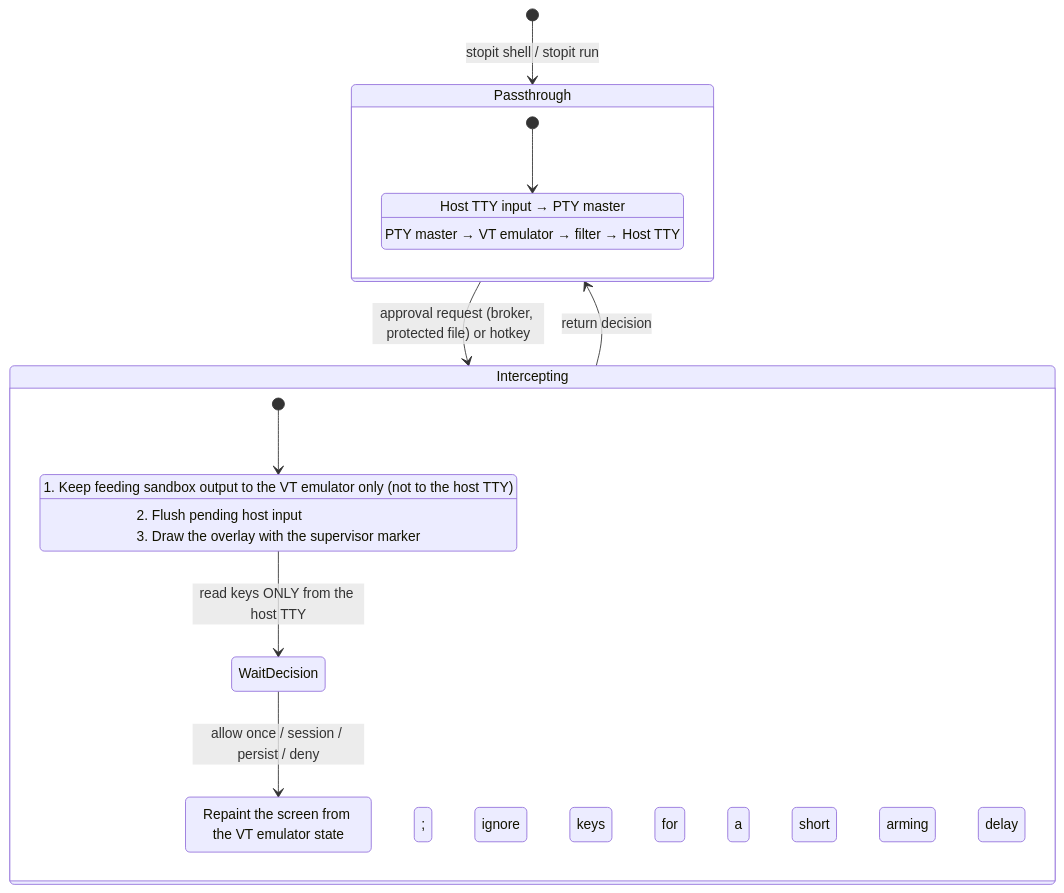
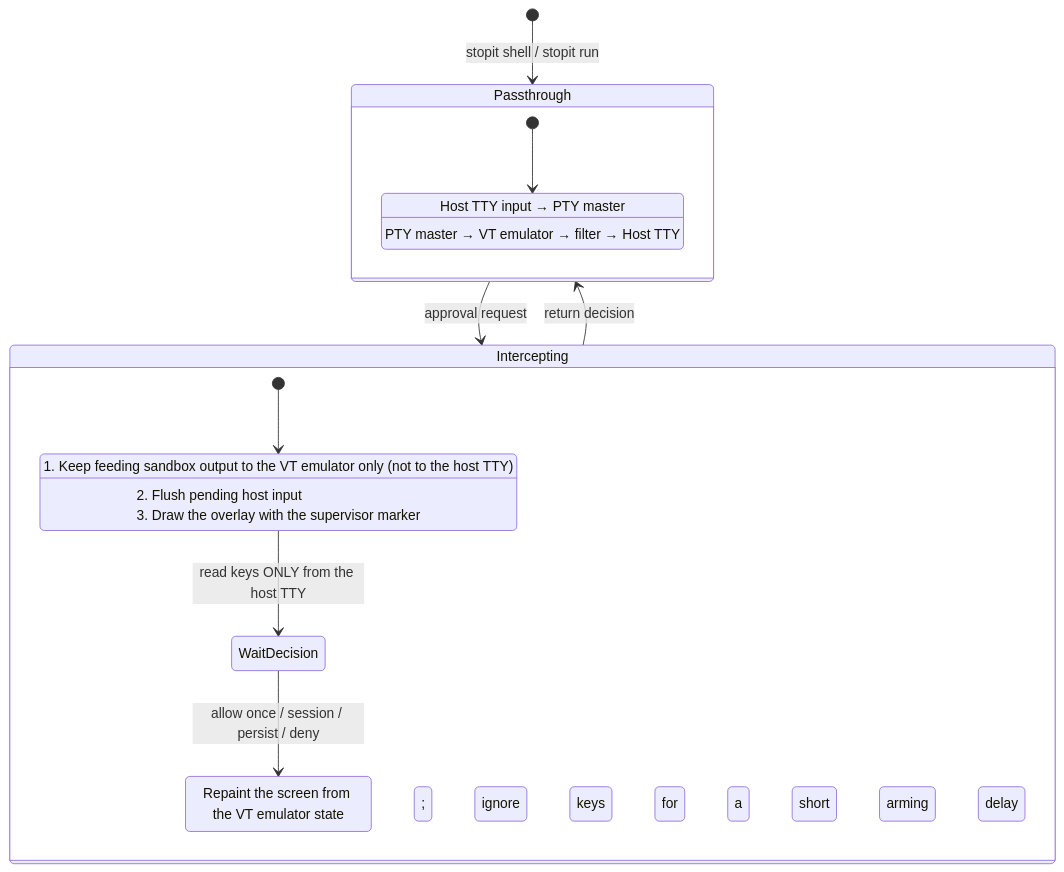
The second of 2 diagrams in DESIGN.md (adsnaider/stopit), drawn with Mermaid before and after one commit. The commit also changed other lines of this file and 12 other files, not shown here.

````diff
--- a/DESIGN.md
+++ b/DESIGN.md
@@ -472,24 +471,24 @@
 ```mermaid
 stateDiagram-v2
     [*] --> Passthrough: stopit shell / stopit run
 
     state Passthrough {
         [*] --> Forwarding
         Forwarding: Host TTY input → PTY master
         Forwarding: PTY master → VT emulator → filter → Host TTY
     }
 
-    Passthrough --> Intercepting: approval request (broker, protected file) or hotkey
+    Passthrough --> Intercepting: approval request
 
     state Intercepting {
         [*] --> Overlay
         Overlay: 1. Keep feeding sandbox output to the VT emulator only (not to the host TTY)
         Overlay: 2. Flush pending host input; ignore keys for a short arming delay
         Overlay: 3. Draw the overlay with the supervisor marker
         Overlay --> WaitDecision: read keys ONLY from the host TTY
         WaitDecision --> Restore: allow once / session / persist / deny
         Restore: Repaint the screen from the VT emulator state
     }
 
     Intercepting --> Passthrough: return decision
 ```
````
